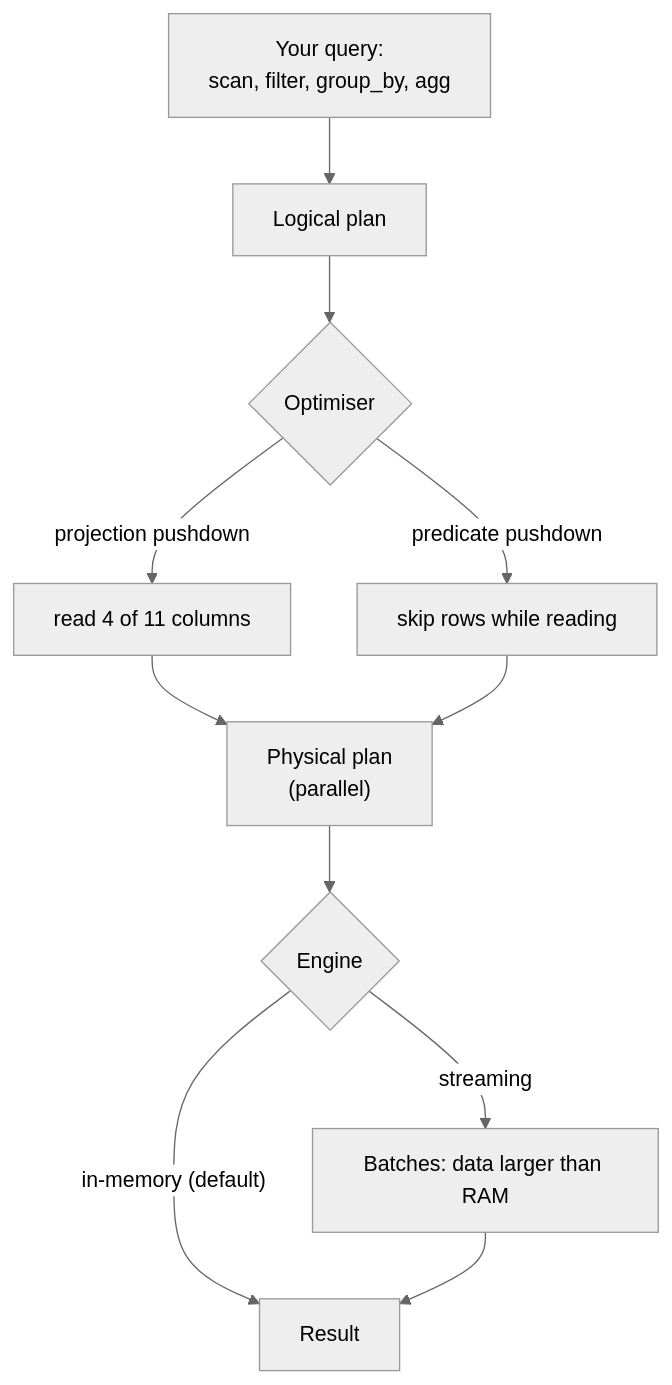
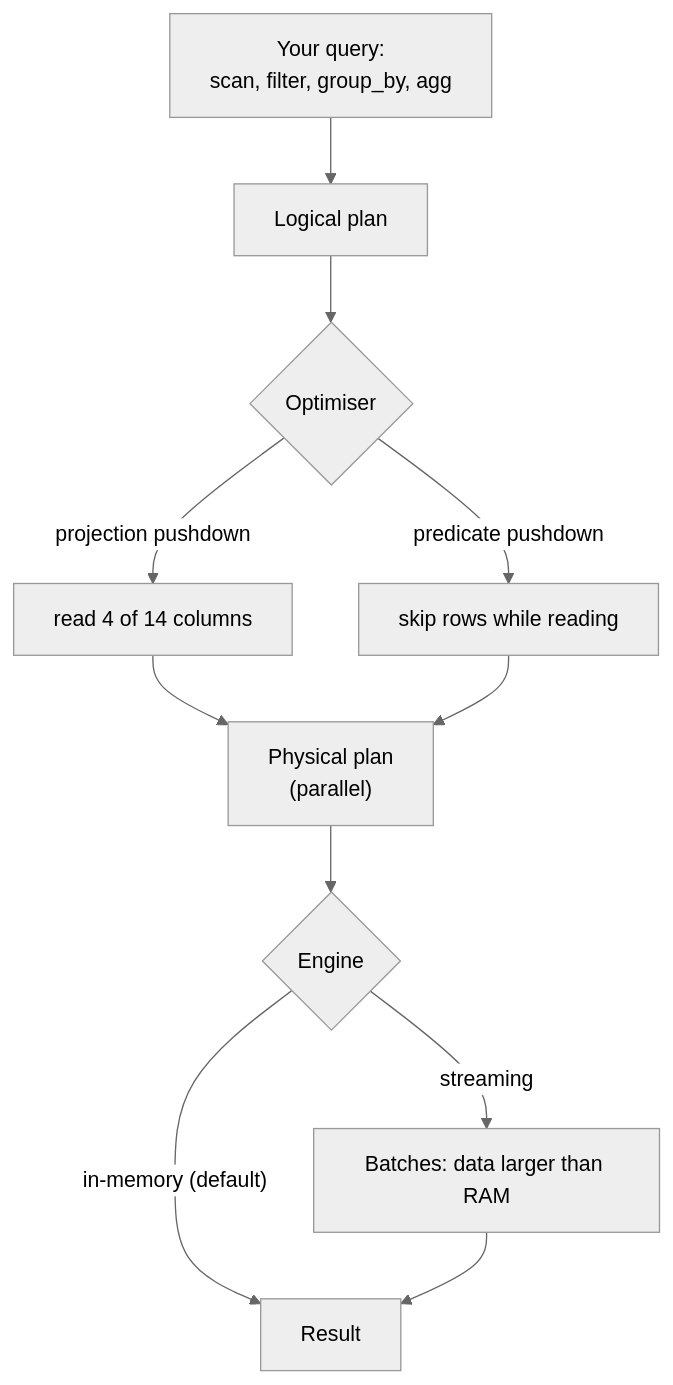
The second of 3 diagrams in sessions/03-sql-and-polars/theory/03-polars-and-choosing-a-tool.md (khoadaniel/statistical-programming-mpmd-htw-ws-2026), drawn with Mermaid (neutral theme) before and after one commit. The commit also changed other lines of this file and 268 other files, not shown here.

````diff
--- a/sessions/03-sql-and-polars/theory/03-polars-and-choosing-a-tool.md
+++ b/sessions/03-sql-and-polars/theory/03-polars-and-choosing-a-tool.md
@@ -80,13 +80,13 @@
 ```mermaid
 flowchart TB
     Q["Your query:<br/>scan, filter, group_by, agg"] --> P["Logical plan"]
     P --> O{"Optimiser"}
-    O -->|"projection pushdown"| C["read 4 of 11 columns"]
+    O -->|"projection pushdown"| C["read 4 of 14 columns"]
     O -->|"predicate pushdown"| R["skip rows while reading"]
     C --> X["Physical plan<br/>(parallel)"]
     R --> X
     X --> E{"Engine"}
     E -->|"in-memory (default)"| M["Result"]
     E -->|"streaming"| S["Batches: data larger than RAM"]
     S --> M
 ```
````
